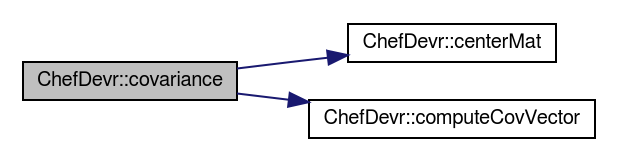
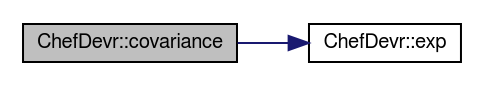
One commit to bsella/BRDF3000 changed the diagram in docs/namespace_chef_devr_a6c4d013fb62a0ebda77f459876959b69_cgraph.dot. Above: the diagram before and after it, drawn with Graphviz. The commit also changed 199 other files, not shown here.

```diff
--- a/docs/namespace_chef_devr_a6c4d013fb62a0ebda77f459876959b69_cgraph.dot
+++ b/docs/namespace_chef_devr_a6c4d013fb62a0ebda77f459876959b69_cgraph.dot
@@ -1,11 +1,10 @@
 digraph "ChefDevr::covariance"
 {
+ // LATEX_PDF_SIZE
   edge [fontname="FreeSans",fontsize="10",labelfontname="FreeSans",labelfontsize="10"];
   node [fontname="FreeSans",fontsize="10",shape=record];
   rankdir="LR";
-  Node1 [label="ChefDevr::covariance",height=0.2,width=0.4,color="black", fillcolor="grey75", style="filled", fontcolor="black"];
-  Node1 -> Node2 [color="midnightblue",fontsize="10",style="solid",fontname="FreeSans"];
-  Node2 [label="ChefDevr::centerMat",height=0.2,width=0.4,color="black", fillcolor="white", style="filled",URL="$namespace_chef_devr.html#a9579ab224f4fc15d1ab2f409d9d8a4c6",tooltip="Centers matrix by sustracting mean to all columns. "];
-  Node1 -> Node3 [color="midnightblue",fontsize="10",style="solid",fontname="FreeSans"];
-  Node3 [label="ChefDevr::computeCovVector",height=0.2,width=0.4,color="black", fillcolor="white", style="filled",URL="$namespace_chef_devr.html#afae213bbb2131bfed0cbb814a319913c",tooltip="Computes the covariance column vector for the coordRef coordinates variable. "];
+  Node12 [label="ChefDevr::covariance",height=0.2,width=0.4,color="black", fillcolor="grey75", style="filled", fontcolor="black",tooltip="Covariance function given in the research paper : A Versatile Parametrization for Measured Materials ..."];
+  Node12 -> Node13 [color="midnightblue",fontsize="10",style="solid",fontname="FreeSans"];
+  Node13 [label="ChefDevr::exp",height=0.2,width=0.4,color="black", fillcolor="white", style="filled",URL="$namespace_chef_devr.html#a32a6050007122653c2126dd432afe13a",tooltip=" "];
 }
```
